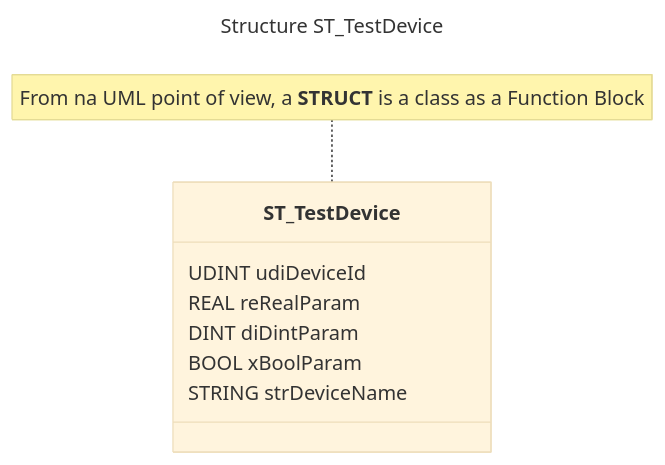
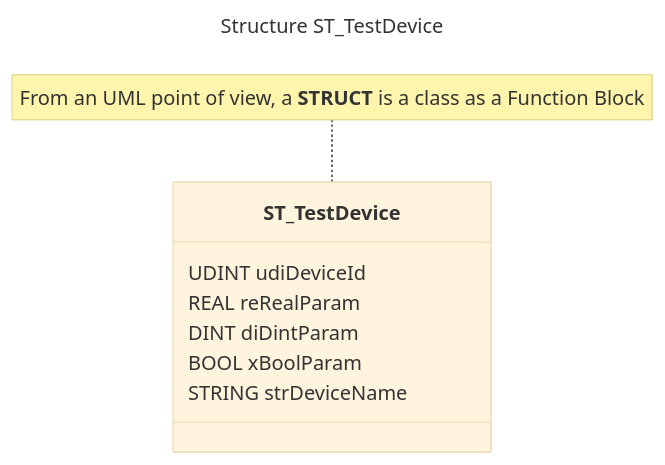
The third of 11 diagrams in AAut_MOD_02_IEC_61131_OOP_InPractice/UML_With_Mermaid_For_61131.md (hei-synd-aaut/aaut-docs), drawn with Mermaid (base theme) before and after one commit. The commit also changed other lines of this file and 12 other files, not shown here.

````diff
--- a/AAut_MOD_02_IEC_61131_OOP_InPractice/UML_With_Mermaid_For_61131.md
+++ b/AAut_MOD_02_IEC_61131_OOP_InPractice/UML_With_Mermaid_For_61131.md
@@ -62,16 +74,16 @@
 ```mermaid
 ---
 title: Structure ST_TestDevice
 ---
 
 classDiagram
   class ST_TestDevice {
     UDINT udiDeviceId
     REAL reRealParam
     DINT diDintParam
     BOOL xBoolParam
     STRING strDeviceName
   }
-note for ST_TestDevice "From na UML point of view, a **STRUCT** is a class as a Function Block"
+note for ST_TestDevice "From an UML point of view, a **STRUCT** is a class as a Function Block"
 
 ```
````
